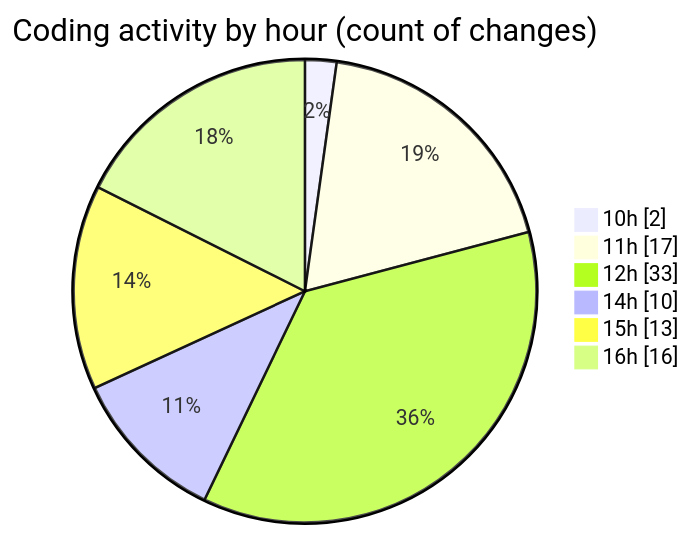
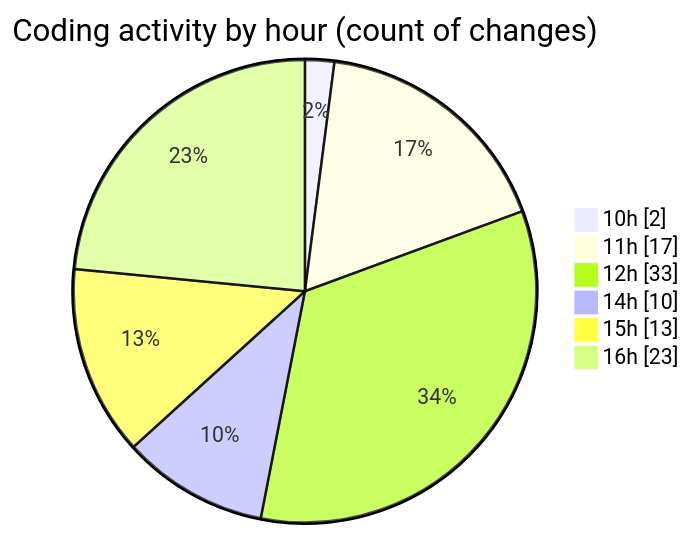
One commit to nxtqubesakshisongat/code-tracking changed the second of 2 diagrams in 2025-05-14/argos-dev/README.md. Above: the diagram before and after it, drawn with Mermaid. The commit also changed other lines of this file and 1 other file, not shown here.

````diff
--- a/2025-05-14/argos-dev/README.md
+++ b/2025-05-14/argos-dev/README.md
@@ -35,10 +35,10 @@
 ```mermaid
 pie showData
 title Coding activity by hour (count of changes)
 "10h" : 2
 "11h" : 17
 "12h" : 33
 "14h" : 10
 "15h" : 13
-"16h" : 16
+"16h" : 23
 ```
````
